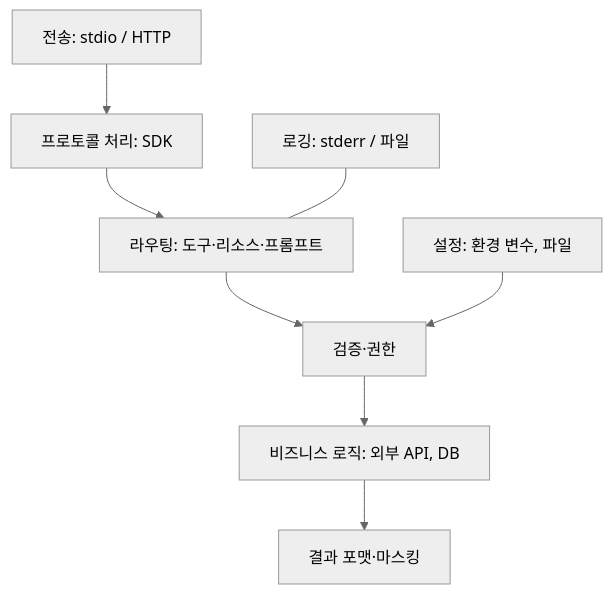
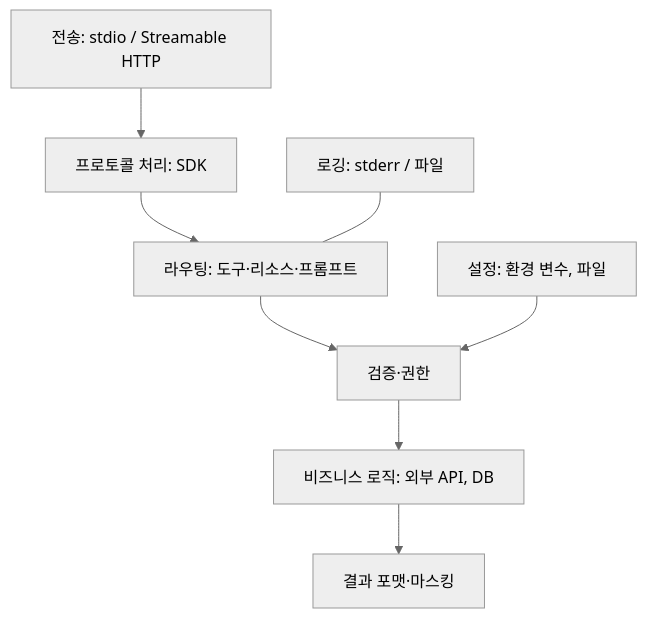
The diagram in docs/AI/mcp/building-a-server.md (mentalage46/pocket-tips), drawn with Mermaid (neutral theme) before and after one commit. The commit also changed other lines of this file and 15 other files, not shown here.

````diff
--- a/docs/AI/mcp/building-a-server.md
+++ b/docs/AI/mcp/building-a-server.md
@@ -53,10 +64,10 @@
 ```mermaid
 flowchart TB
-    T[전송: stdio / HTTP] --> P[프로토콜 처리: SDK]
+    T[전송: stdio / Streamable HTTP] --> P[프로토콜 처리: SDK]
     P --> R[라우팅: 도구·리소스·프롬프트]
     R --> V[검증·권한]
     V --> B[비즈니스 로직: 외부 API, DB]
     B --> F[결과 포맷·마스킹]
     C[설정: 환경 변수, 파일] --> V
     L[로깅: stderr / 파일] --- R
 ```
````
